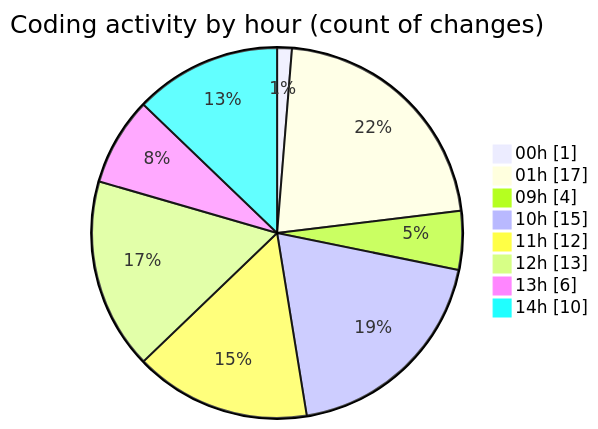
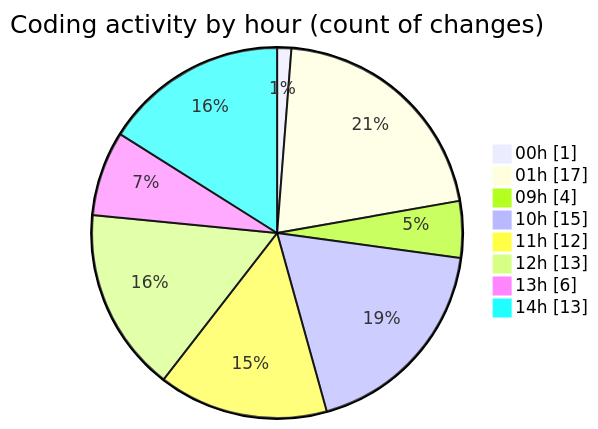
Before and after one commit to julien-gomy/code-tracking: the second of 2 diagrams in 2025-11-01/cdp_aleoudev_fr__workspace_/README.md, drawn with Mermaid. The commit also changed other lines of this file and 1 other file, not shown here.

````diff
--- a/2025-11-01/cdp_aleoudev_fr__workspace_/README.md
+++ b/2025-11-01/cdp_aleoudev_fr__workspace_/README.md
@@ -38,12 +38,12 @@
 ```mermaid
 pie showData
 title Coding activity by hour (count of changes)
 "00h" : 1
 "01h" : 17
 "09h" : 4
 "10h" : 15
 "11h" : 12
 "12h" : 13
 "13h" : 6
-"14h" : 10
+"14h" : 13
 ```
````
